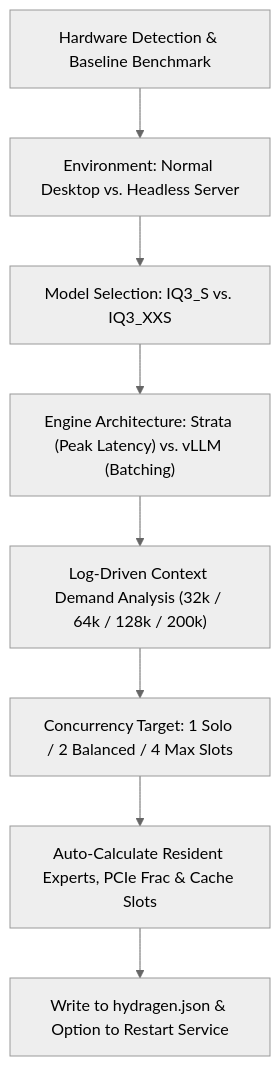
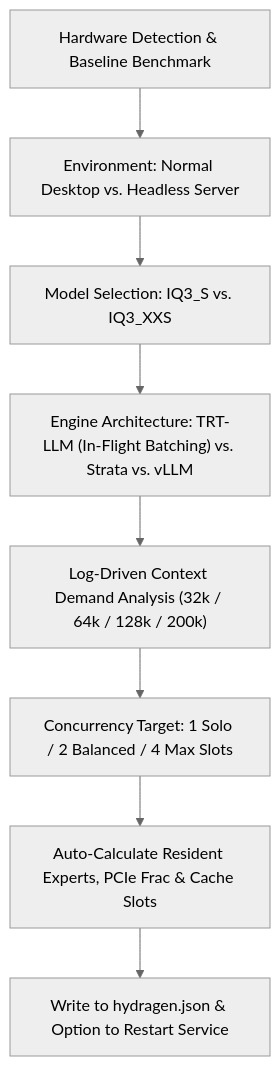
Before and after one commit to thirteenthd/hydragen: the diagram in README.md, drawn with Mermaid (neutral theme). The commit also changed other lines of this file, not shown here.

Commit message:
docs(readme): update architecture, benchmarks, and tuning parameters to reflect production reality

````diff
--- a/README.md
+++ b/README.md
@@ -363,10 +369,10 @@
 ```mermaid
 flowchart TD
     HW["Hardware Detection & Baseline Benchmark"] --> Mode["Environment: Normal Desktop vs. Headless Server"]
     Mode --> Model["Model Selection: IQ3_S vs. IQ3_XXS"]
-    Model --> Engine["Engine Architecture: Strata (Peak Latency) vs. vLLM (Batching)"]
+    Model --> Engine["Engine Architecture: TRT-LLM (In-Flight Batching) vs. Strata vs. vLLM"]
     Engine --> CTX["Log-Driven Context Demand Analysis (32k / 64k / 128k / 200k)"]
     CTX --> Concurrency["Concurrency Target: 1 Solo / 2 Balanced / 4 Max Slots"]
     Concurrency --> AutoTune["Auto-Calculate Resident Experts, PCIe Frac & Cache Slots"]
     AutoTune --> Apply["Write to hydragen.json & Option to Restart Service"]
 ```
````
